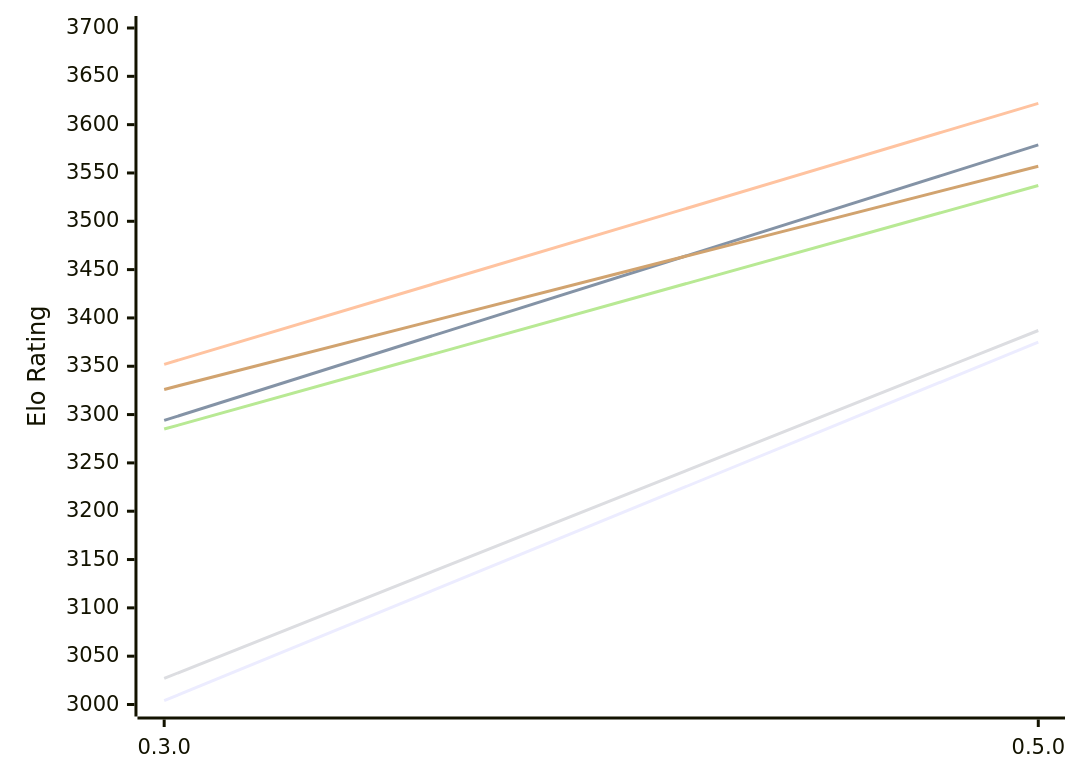
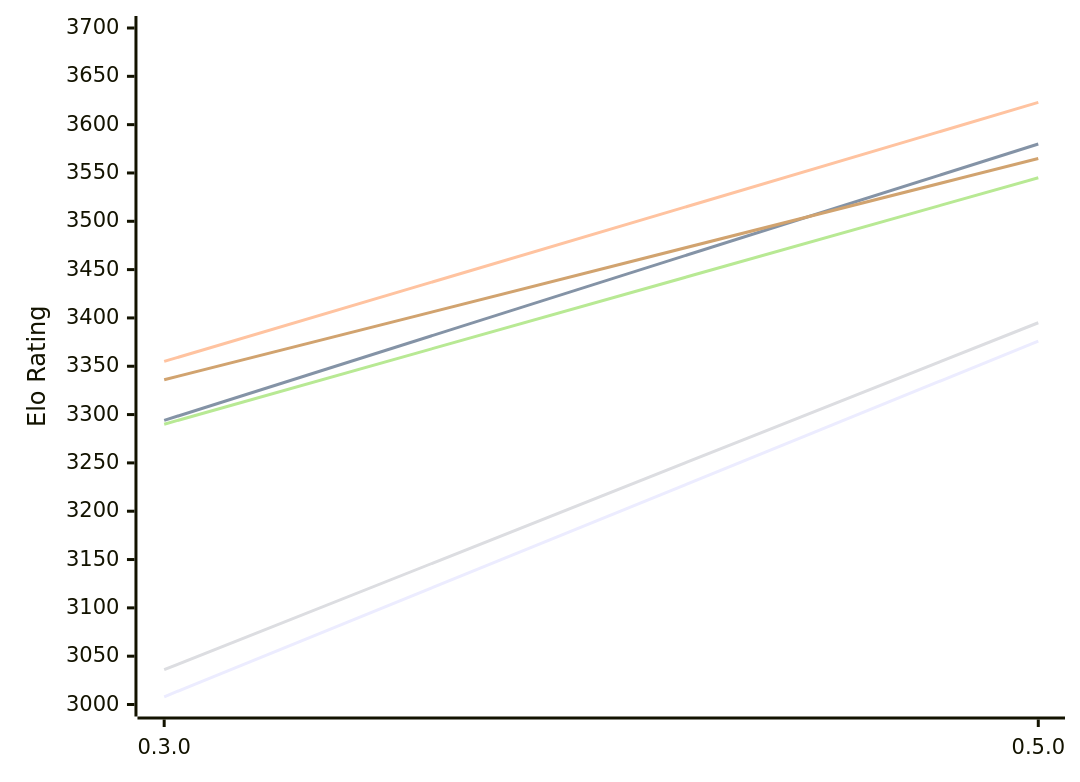
The first of 2 diagrams in engines/Justbot.md (computer-chess-index/cci), drawn with Mermaid before and after one commit. The commit also changed other lines of this file, not shown here.

Commit message:
Update CCI Ratings (ELO VLTC) - 2026-11-25

````diff
--- a/engines/Justbot.md
+++ b/engines/Justbot.md
@@ -53,12 +53,12 @@
 ```mermaid
 %%{init: {"theme":"base","themeVariables":{"seriesColors:['#a3a3a3','#222221','#faa371']}}}%%
 xychart-beta
   x-axis ["0.3.0", "0.5.0"]
   y-axis "Elo Rating" 3000 --> 3700
-  line "E1: STC (8.0+0.08s)" [3004, 3375]
-  line "E1: LTC (60.0+0.60s)" [3294, 3579]
-  line "E1: VLTC (2m24s+1.12s)" [3352, 3622]
-  line "P1: STC (8.0+0.08s)" [3027, 3387]
-  line "P1: LTC (60.0+0.60s)" [3285, 3537]
-  line "P1: VLTC (2m24s+1.12s)" [3326, 3557]
+  line "E1: STC (8.0+0.08s)" [3008, 3376]
+  line "E1: LTC (60.0+0.60s)" [3294, 3580]
+  line "E1: VLTC (2m24s+1.12s)" [3355, 3623]
+  line "P1: STC (8.0+0.08s)" [3036, 3395]
+  line "P1: LTC (60.0+0.60s)" [3290, 3545]
+  line "P1: VLTC (2m24s+1.12s)" [3336, 3565]
 ```
````
